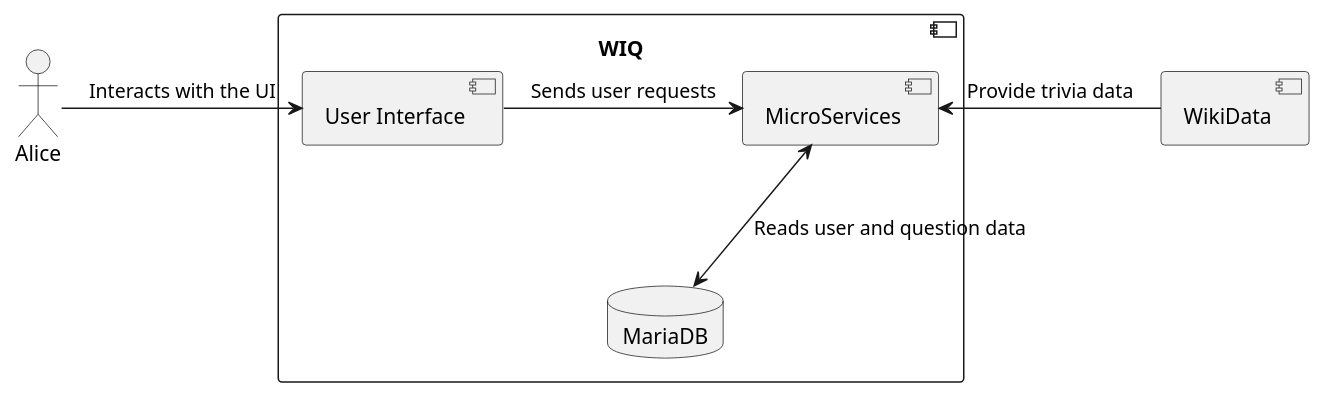
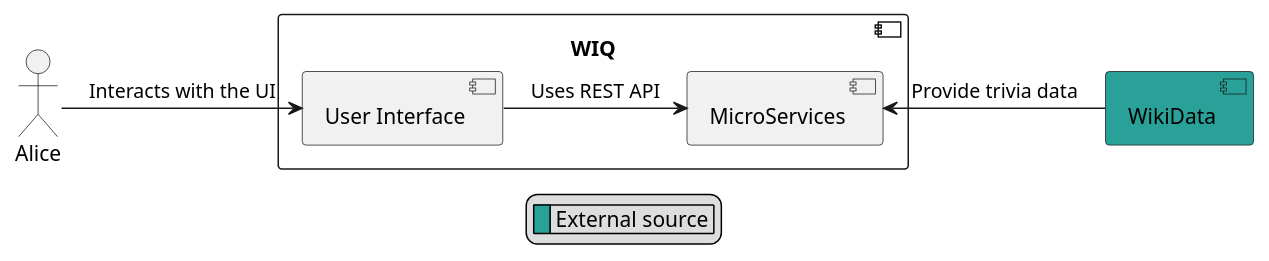
One commit to Arquisoft/wiq_es1c changed the second of 3 diagrams in docs/src/05_building_block_view.adoc. Above: the diagram before and after it, drawn with PlantUML. The commit also changed other lines of this file, not shown here.

```diff
--- a/docs/src/05_building_block_view.adoc
+++ b/docs/src/05_building_block_view.adoc
@@ -30,18 +35,20 @@
 [plantuml,"BlackBox Level 2",png]
 ----
 Actor a as "Alice"
 
 Component WIQ {
     Component ui as "User Interface"
     Component ms as "MicroServices"
-    Database d as "MariaDB"
 }
 
-Component w as "WikiData"
+Component w as "WikiData" #2aa198
 
 a -> ui: Interacts with the UI
-ui -> ms: Sends user requests
-ms <--> d: Reads user and question data
+ui -> ms: Uses REST API
 
 ms <- w: Provide trivia data
+
+legend
+ |<back:#2aa198>   </back>| External source |
+endlegend
 ----
```
